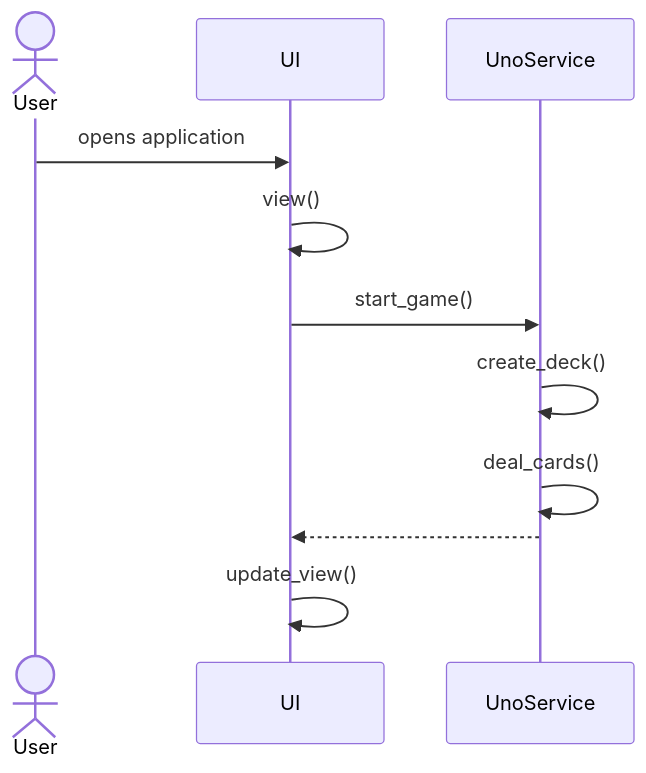
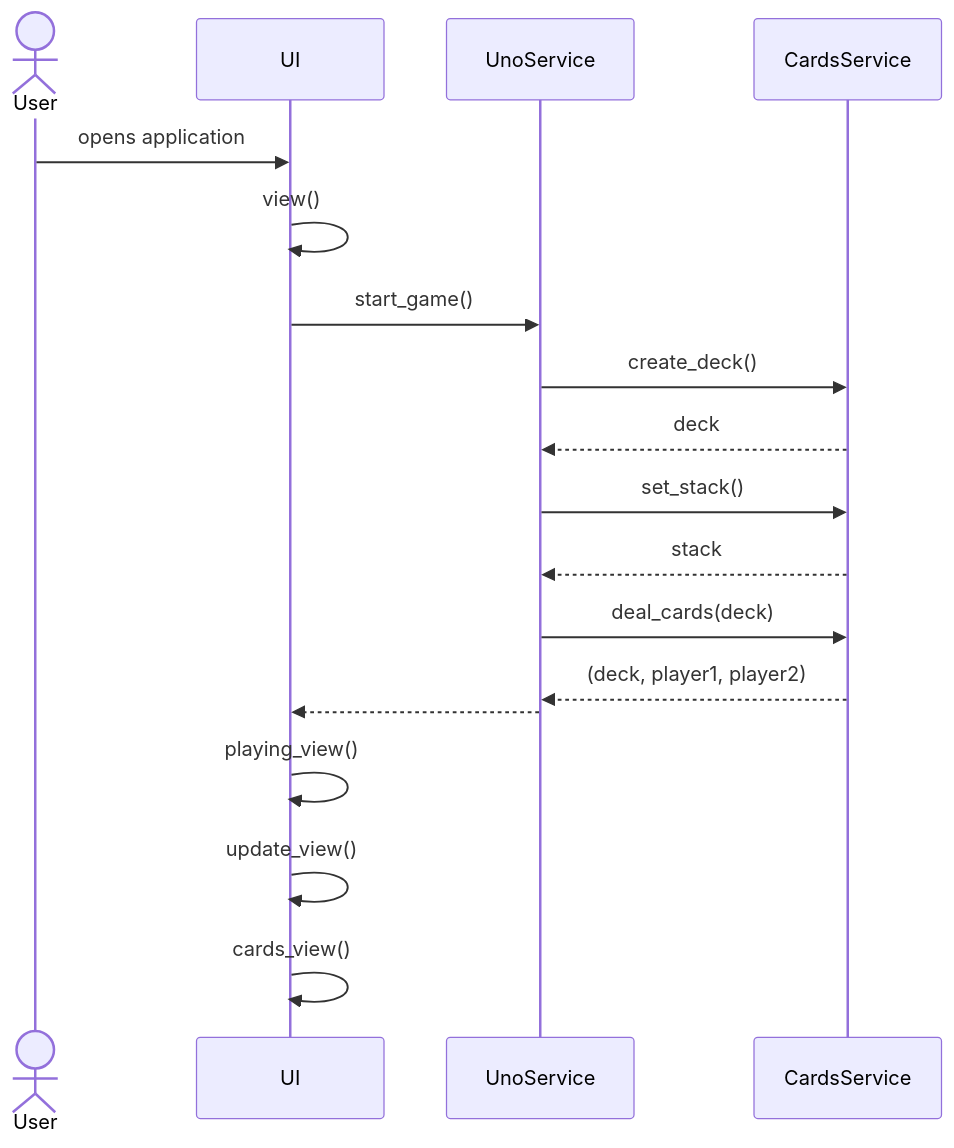
The first of 4 diagrams in dokumentaatio/arkkitehtuuri.md (pinjakokkonen/ot-harjoitustyo), drawn with Mermaid before and after one commit. The commit also changed other lines of this file and 5 other files, not shown here.

````diff
--- a/dokumentaatio/arkkitehtuuri.md
+++ b/dokumentaatio/arkkitehtuuri.md
@@ -13,13 +56,20 @@
 ```mermaid
 sequenceDiagram
   actor User
   participant UI
   participant UnoService
+  participant CardsService
   User->>UI: opens application
   UI->>UI: view()
   UI->>UnoService: start_game()
-  UnoService->>UnoService: create_deck()
-  UnoService->>UnoService: deal_cards()
+  UnoService->>CardsService: create_deck()
+  CardsService-->>UnoService: deck
+  UnoService->>CardsService: set_stack()
+  CardsService-->>UnoService: stack
+  UnoService->>CardsService: deal_cards(deck)
+  CardsService-->>UnoService: (deck, player1, player2)
   UnoService-->>UI: 
+  UI->>UI: playing_view()
   UI->>UI: update_view()
+  UI->>UI: cards_view()
 ```
````
